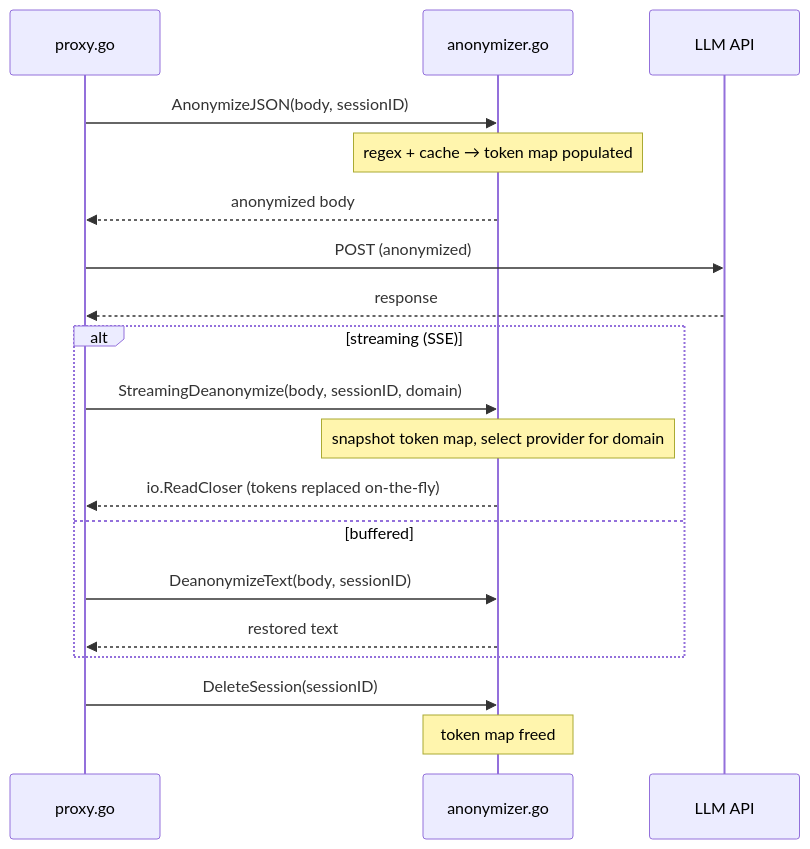
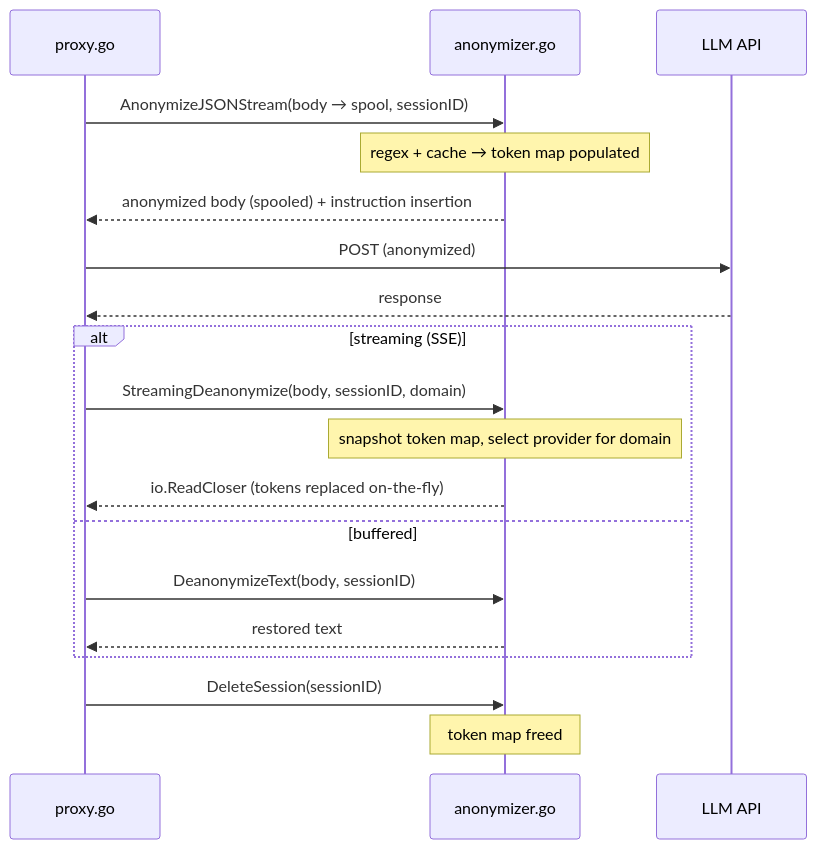
One commit to laplaque/ai-anonymizing-proxy changed the second of 2 diagrams in docs/anonymizer.md. Above: the diagram before and after it, drawn with Mermaid. The commit also changed other lines of this file and 20 other files, not shown here.

````diff
--- a/docs/anonymizer.md
+++ b/docs/anonymizer.md
@@ -122,25 +147,25 @@
 ```mermaid
 sequenceDiagram
     participant P as proxy.go
     participant A as anonymizer.go
     participant API as LLM API
 
-    P->>A: AnonymizeJSON(body, sessionID)
+    P->>A: AnonymizeJSONStream(body → spool, sessionID)
     Note over A: regex + cache → token map populated
-    A-->>P: anonymized body
+    A-->>P: anonymized body (spooled) + instruction insertion
 
     P->>API: POST (anonymized)
     API-->>P: response
 
     alt streaming (SSE)
         P->>A: StreamingDeanonymize(body, sessionID, domain)
         Note over A: snapshot token map, select provider for domain
         A-->>P: io.ReadCloser (tokens replaced on-the-fly)
     else buffered
         P->>A: DeanonymizeText(body, sessionID)
         A-->>P: restored text
     end
 
     P->>A: DeleteSession(sessionID)
     Note over A: token map freed
 ```
````
